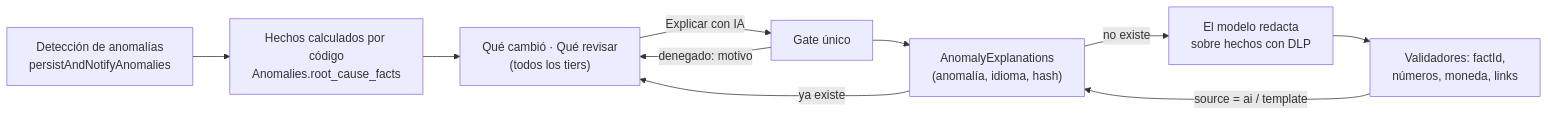
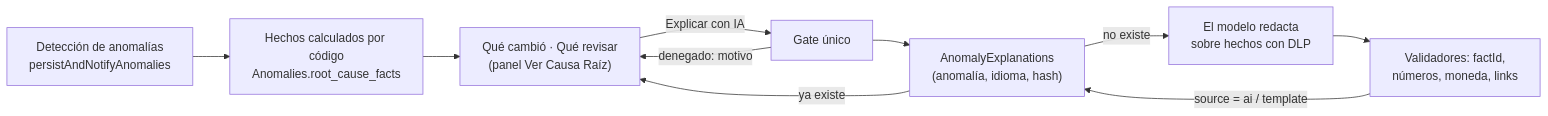
Before and after one commit to manny864/finops: diagram 16 of 16 in docs/hld/00-hld-completo.md, drawn with Mermaid. The commit also changed other lines of this file and 23 other files, not shown here.

````diff
--- a/docs/hld/00-hld-completo.md
+++ b/docs/hld/00-hld-completo.md
@@ -1205,12 +1206,12 @@
 ```mermaid
 flowchart LR
     CRON["Detección de anomalías<br/>persistAndNotifyAnomalies"] --> FACTS["Hechos calculados por código<br/>Anomalies.root_cause_facts"]
-    FACTS --> UI["Qué cambió · Qué revisar<br/>(todos los tiers)"]
+    FACTS --> UI["Qué cambió · Qué revisar<br/>(panel Ver Causa Raíz)"]
     UI -->|"Explicar con IA"| GATE["Gate único"]
     GATE -->|"denegado: motivo"| UI
     GATE --> CACHE["AnomalyExplanations<br/>(anomalía, idioma, hash)"]
     CACHE -->|"ya existe"| UI
     CACHE -->|"no existe"| LLM["El modelo redacta<br/>sobre hechos con DLP"]
     LLM --> VAL["Validadores: factId,<br/>números, moneda, links"]
     VAL -->|"source = ai / template"| CACHE
 ```
````
